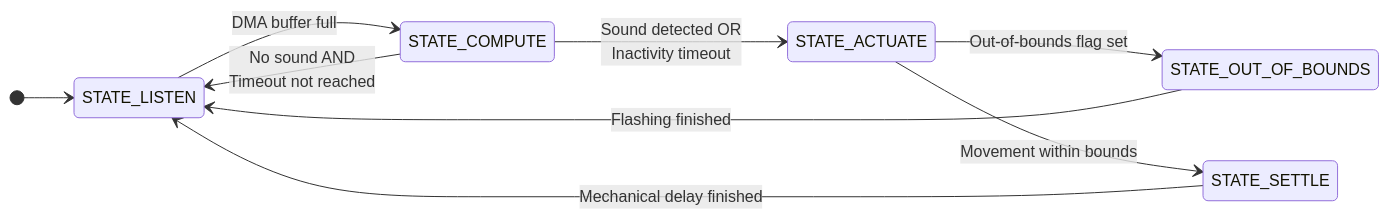
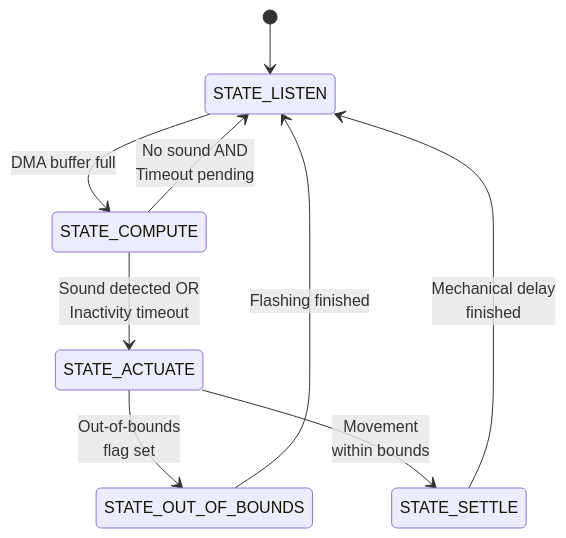
Before and after one commit to samuele-ribaudo/real-time-SSL-and-tracking: the diagram in documentation/techincal_report.md, drawn with Mermaid.

Commit message:
diagram test

````diff
--- a/documentation/techincal_report.md
+++ b/documentation/techincal_report.md
@@ -60,12 +60,19 @@
 ```mermaid
 stateDiagram-v2
-    direction LR
+    direction TB
+    
     [*] --> STATE_LISTEN
+    
+    %% Forward flow
     STATE_LISTEN --> STATE_COMPUTE : DMA buffer full
     STATE_COMPUTE --> STATE_ACTUATE : Sound detected OR<br>Inactivity timeout
-    STATE_COMPUTE --> STATE_LISTEN : No sound AND<br>Timeout not reached
-    STATE_ACTUATE --> STATE_OUT_OF_BOUNDS : Out-of-bounds flag set
-    STATE_ACTUATE --> STATE_SETTLE : Movement within bounds
-    STATE_SETTLE --> STATE_LISTEN : Mechanical delay finished
+    
+    %% Branching out of ACTUATE
+    STATE_ACTUATE --> STATE_OUT_OF_BOUNDS : Out-of-bounds<br>flag set
+    STATE_ACTUATE --> STATE_SETTLE : Movement<br>within bounds
+    
+    %% Return paths (Grouped visually)
+    STATE_COMPUTE --> STATE_LISTEN : No sound AND<br>Timeout pending
+    STATE_SETTLE --> STATE_LISTEN : Mechanical delay<br>finished
     STATE_OUT_OF_BOUNDS --> STATE_LISTEN : Flashing finished
 ```
````
